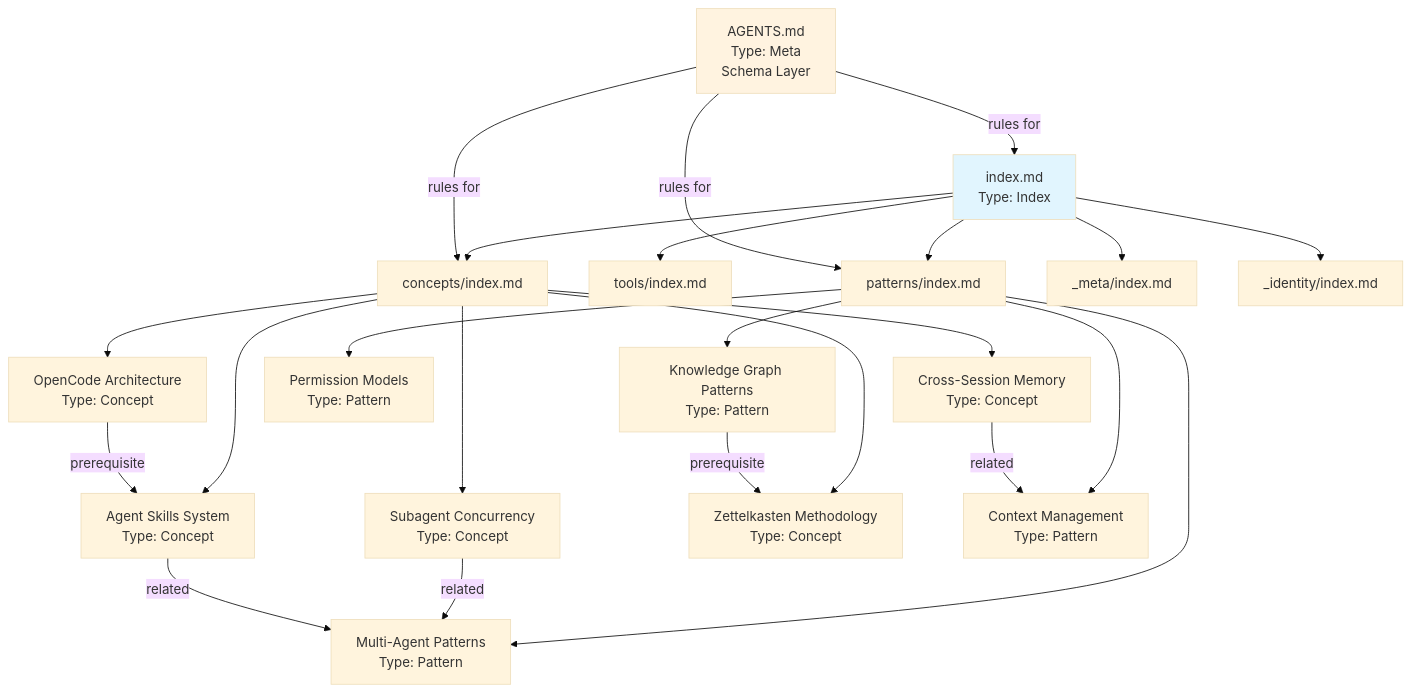
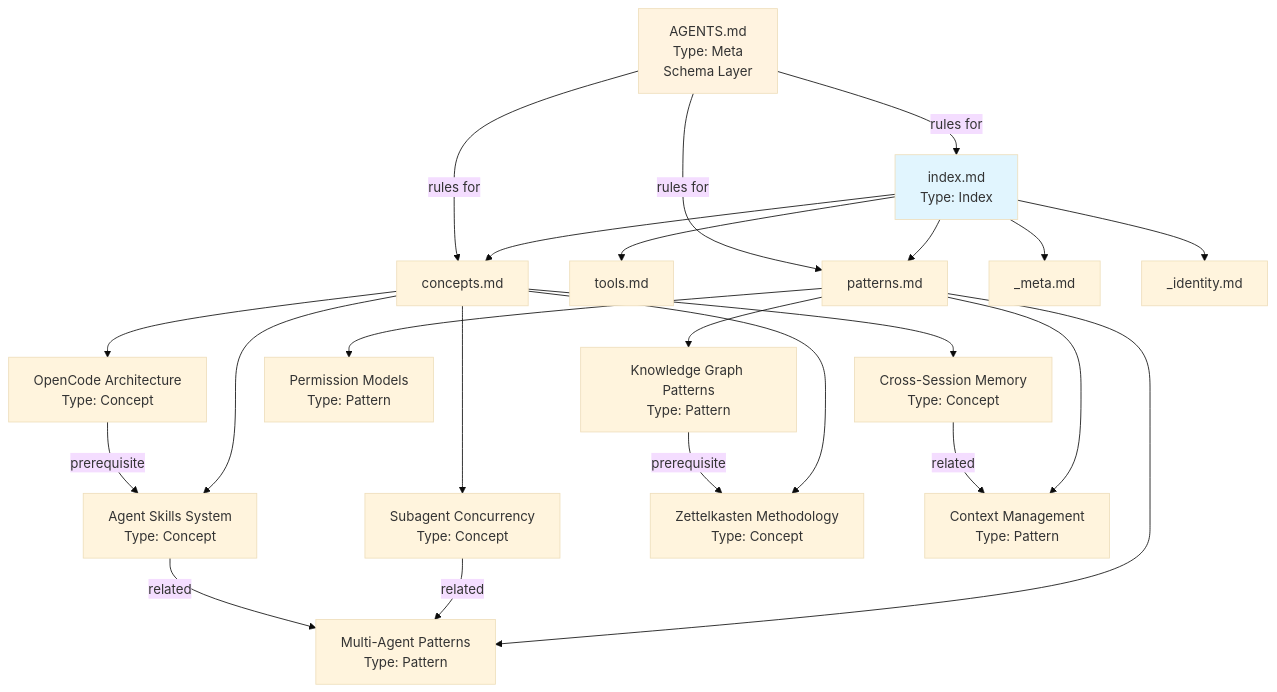
One commit to hencter/Nova changed the first of 4 diagrams in patterns/knowledge-graph-patterns.md. Above: the diagram before and after it, drawn with Mermaid (base theme). The commit also changed other lines of this file and 17 other files, not shown here.

````diff
--- a/patterns/knowledge-graph-patterns.md
+++ b/patterns/knowledge-graph-patterns.md
@@ -43,32 +43,32 @@
 ```mermaid
 graph TD
-    IDX[index.md<br/>Type: Index] --> CI[concepts/index.md]
-    IDX --> TI[tools/index.md]
-    IDX --> PI[patterns/index.md]
-    IDX --> MI[_meta/index.md]
-    IDX --> II[_identity/index.md]
+    IDX[index.md<br/>Type: Index] --> CI[concepts.md]
+    IDX --> TI[tools.md]
+    IDX --> PI[patterns.md]
+    IDX --> MI[_meta.md]
+    IDX --> II[_identity.md]
     
     CI --> C1[OpenCode Architecture<br/>Type: Concept]
     CI --> C2[Agent Skills System<br/>Type: Concept]
     CI --> C3[Subagent Concurrency<br/>Type: Concept]
     CI --> C4[Cross-Session Memory<br/>Type: Concept]
     CI --> C5[Zettelkasten Methodology<br/>Type: Concept]
     
     PI --> P1[Multi-Agent Patterns<br/>Type: Pattern]
     PI --> P2[Context Management<br/>Type: Pattern]
     PI --> P3[Permission Models<br/>Type: Pattern]
     PI --> P4[Knowledge Graph Patterns<br/>Type: Pattern]
     
     C3 --> |related| P1
     C2 --> |related| P1
     C4 --> |related| P2
     C1 --> |prerequisite| C2
     P4 --> |prerequisite| C5
     
     AGENTS[AGENTS.md<br/>Type: Meta<br/>Schema Layer] --> |rules for| IDX
     AGENTS --> |rules for| CI
     AGENTS --> |rules for| PI
     
     style IDX fill:#e1f5fe
     style AGENTS fill:#fff3e0
 ```
````
